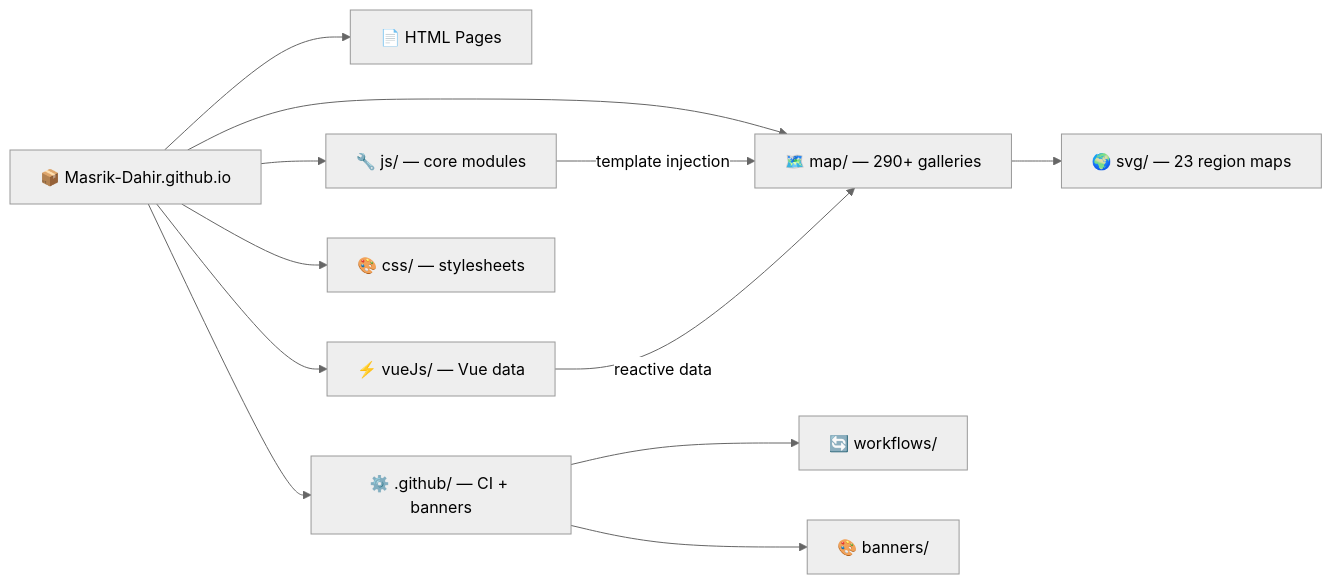
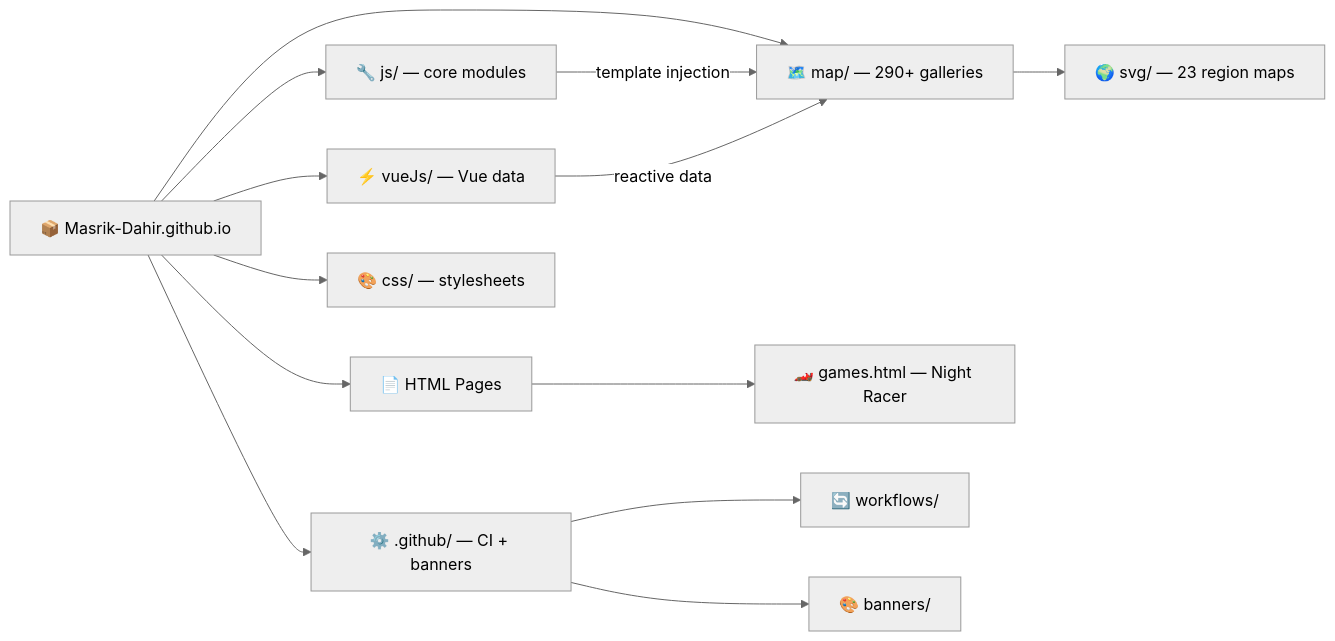
One commit to Masrik-Dahir/Masrik-Dahir.github.io changed the third of 4 diagrams in README.md. Above: the diagram before and after it, drawn with Mermaid (neutral theme). The commit also changed other lines of this file and 12 other files, not shown here.

````diff
--- a/README.md
+++ b/README.md
@@ -200,14 +206,15 @@
 ```mermaid
 graph LR
     Root["📦 Masrik-Dahir.github.io"] --> Pages["📄 HTML Pages"]
     Root --> MapDir["🗺️ map/ — 290+ galleries"]
     Root --> JS["🔧 js/ — core modules"]
     Root --> VueDir["⚡ vueJs/ — Vue data"]
     Root --> CSS["🎨 css/ — stylesheets"]
     Root --> GH["⚙️ .github/ — CI + banners"]
+    Pages --> Games["🏎️ games.html — Night Racer"]
     MapDir --> SVGs["🌍 svg/ — 23 region maps"]
     JS --> |"template injection"| MapDir
     VueDir --> |"reactive data"| MapDir
     GH --> Workflows["🔄 workflows/"]
     GH --> Banners["🎨 banners/"]
 ```
````
